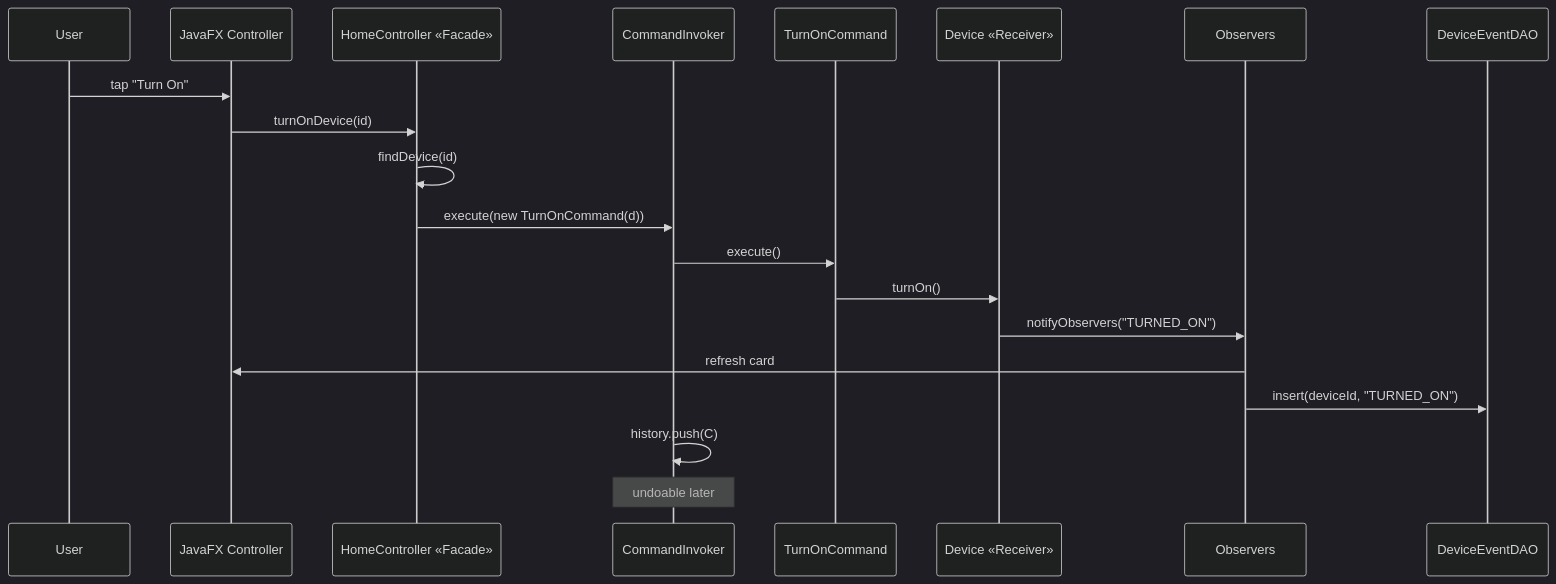
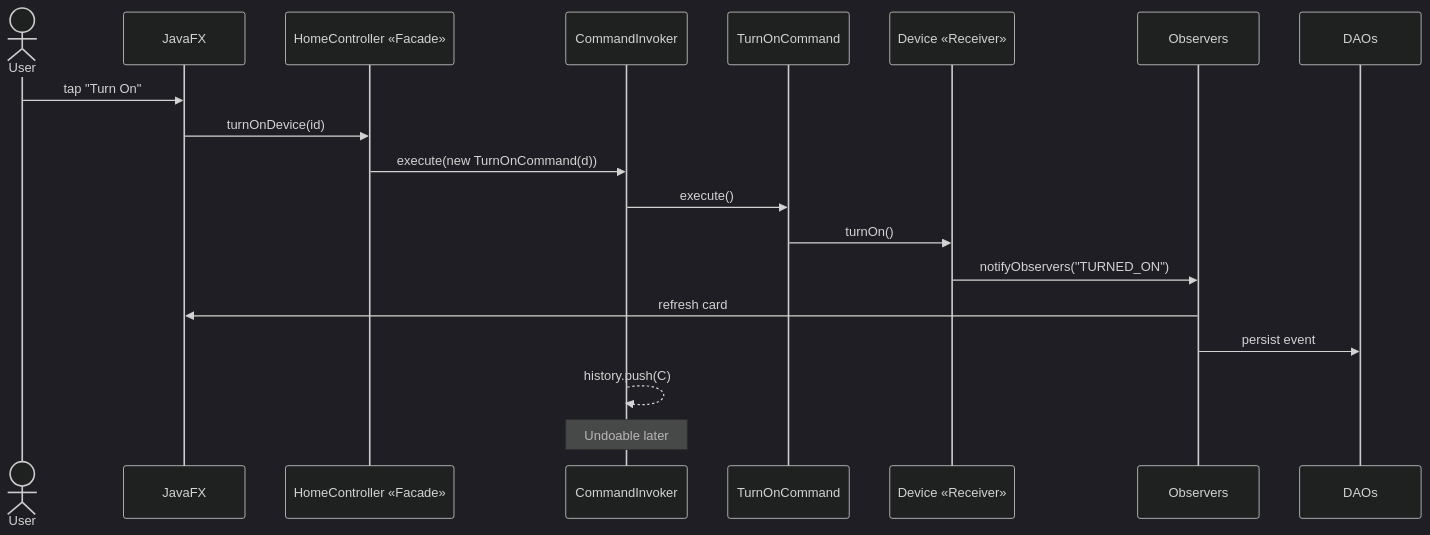
Before and after one commit to Abdullah3655/Smart-Home-Project: the second of 2 diagrams in docs/class-diagram.md, drawn with Mermaid (dark theme). The commit also changed other lines of this file, not shown here.

Commit message:
Class diagram: one consolidated diagram with representative classes + sibling notes

````diff
--- a/docs/class-diagram.md
+++ b/docs/class-diagram.md
@@ -489,23 +246,22 @@
 ```mermaid
 sequenceDiagram
-    participant User
-    participant UI as JavaFX Controller
+    actor User
+    participant UI as JavaFX
     participant F as HomeController «Facade»
     participant I as CommandInvoker
     participant C as TurnOnCommand
     participant D as Device «Receiver»
     participant Obs as Observers
-    participant DAO as DeviceEventDAO
+    participant DAO as DAOs
 
     User->>UI: tap "Turn On"
     UI->>F: turnOnDevice(id)
-    F->>F: findDevice(id)
     F->>I: execute(new TurnOnCommand(d))
     I->>C: execute()
     C->>D: turnOn()
     D->>Obs: notifyObservers("TURNED_ON")
     Obs->>UI: refresh card
-    Obs->>DAO: insert(deviceId, "TURNED_ON")
-    I->>I: history.push(C)
-    Note over I: undoable later
+    Obs->>DAO: persist event
+    I-->>I: history.push(C)
+    Note over I: Undoable later
 ```
````
